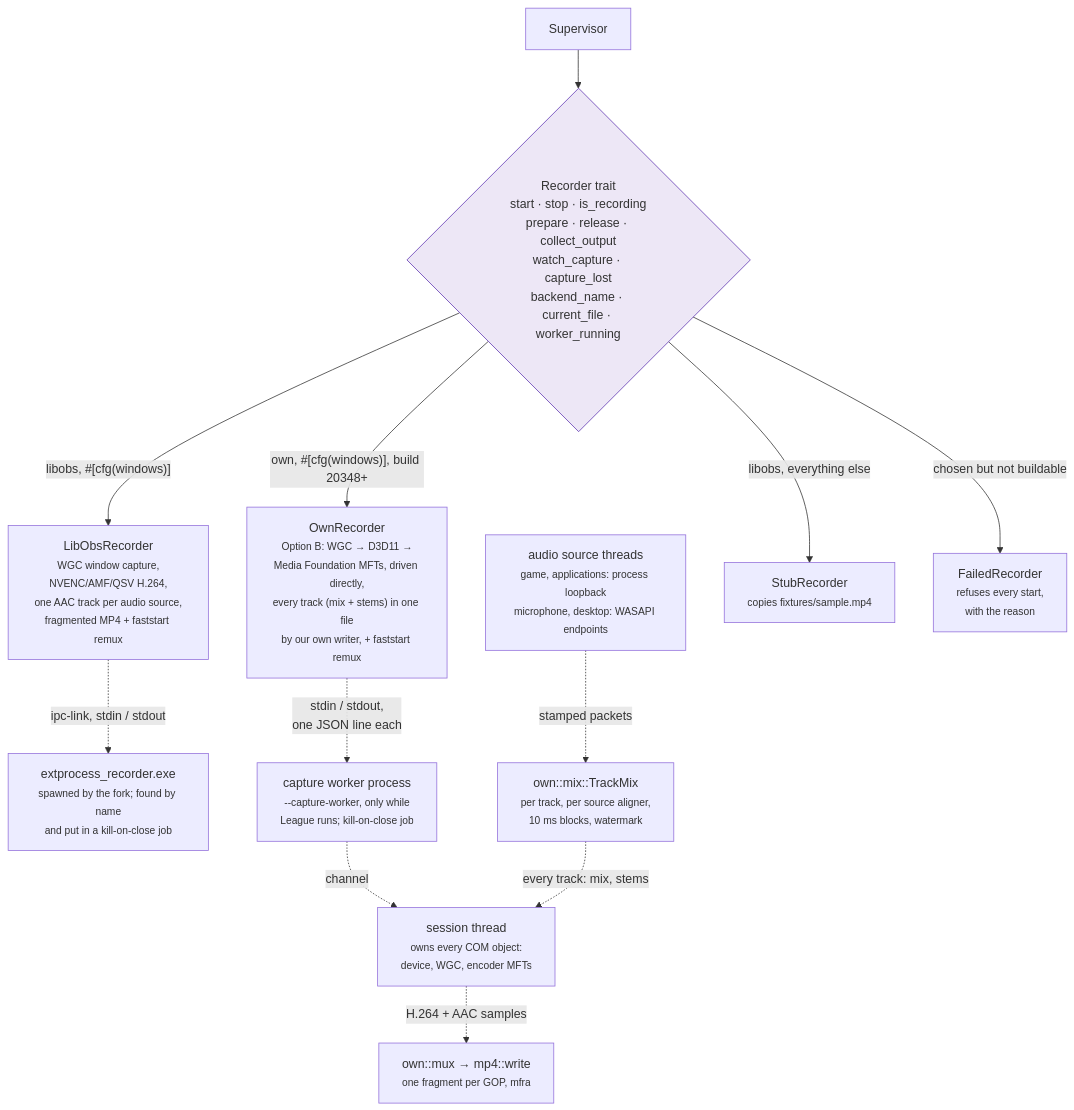
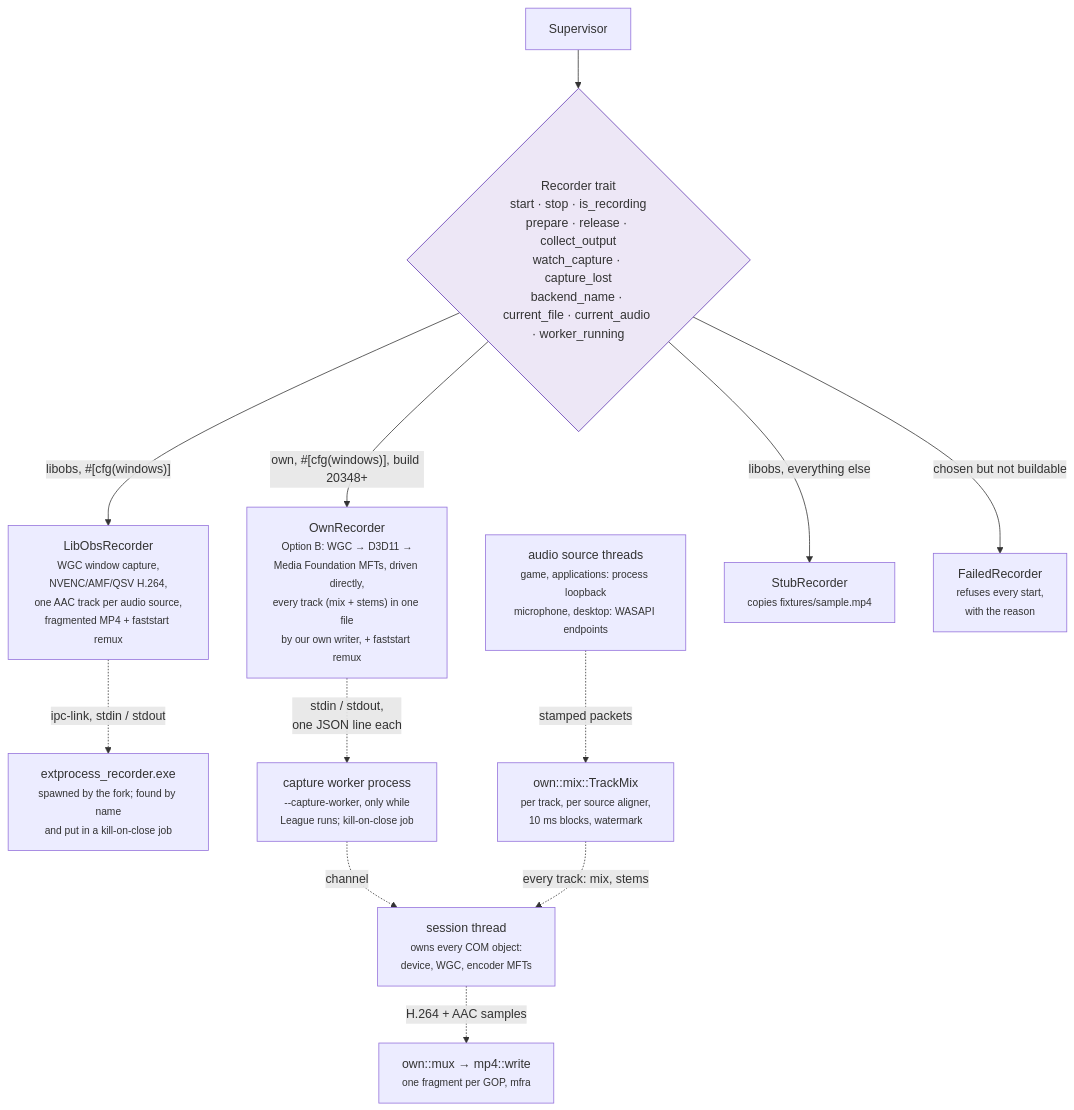
One commit to NinjaGoldfinch/ninja-recorder changed the third of 10 diagrams in docs/architecture.md. Above: the diagram before and after it, drawn with Mermaid. The commit also changed other lines of this file and 13 other files, not shown here.

First line of the commit message:
fix(recorder): store the audio layout when the recording row is opened (#312)

````diff
--- a/docs/architecture.md
+++ b/docs/architecture.md
@@ -167,15 +167,15 @@
 ```mermaid
 flowchart TB
-    SUP["Supervisor"] --> T{"Recorder trait<br/>start · stop · is_recording<br/>prepare · release · collect_output<br/>watch_capture · capture_lost<br/>backend_name · current_file · worker_running"}
+    SUP["Supervisor"] --> T{"Recorder trait<br/>start · stop · is_recording<br/>prepare · release · collect_output<br/>watch_capture · capture_lost<br/>backend_name · current_file · current_audio · worker_running"}
     T -->|"libobs, #[cfg(windows)]"| L["LibObsRecorder<br/><small>WGC window capture,<br/>NVENC/AMF/QSV H.264,<br/>one AAC track per audio source,<br/>fragmented MP4 + faststart remux</small>"]
     L -.->|"ipc-link, stdin / stdout"| LW["extprocess_recorder.exe<br/><small>spawned by the fork; found by name<br/>and put in a kill-on-close job</small>"]
     T -->|"own, #[cfg(windows)], build 20348+"| O["OwnRecorder<br/><small>Option B: WGC → D3D11 →<br/>Media Foundation MFTs, driven directly,<br/>every track (mix + stems) in one file<br/>by our own writer, + faststart remux</small>"]
     O -.->|"stdin / stdout,<br/>one JSON line each"| WK["capture worker process<br/><small>--capture-worker, only while<br/>League runs; kill-on-close job</small>"]
     WK -.->|"channel"| SES["session thread<br/><small>owns every COM object:<br/>device, WGC, encoder MFTs</small>"]
     AUD["audio source threads<br/><small>game, applications: process loopback<br/>microphone, desktop: WASAPI endpoints</small>"] -.->|"stamped packets"| MIX["own::mix::TrackMix<br/><small>per track, per source aligner,<br/>10 ms blocks, watermark</small>"]
     MIX -.->|"every track: mix, stems"| SES
     SES -.->|"H.264 + AAC samples"| MUX["own::mux → mp4::write<br/><small>one fragment per GOP, mfra</small>"]
     T -->|"libobs, everything else"| S["StubRecorder<br/><small>copies fixtures/sample.mp4</small>"]
     T -->|"chosen but not buildable"| F["FailedRecorder<br/><small>refuses every start,<br/>with the reason</small>"]
     style T fill:#ede7f6,stroke:#5e35b1
 ```
````
